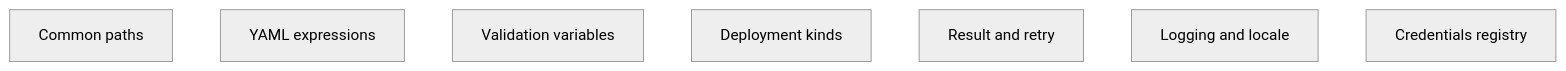
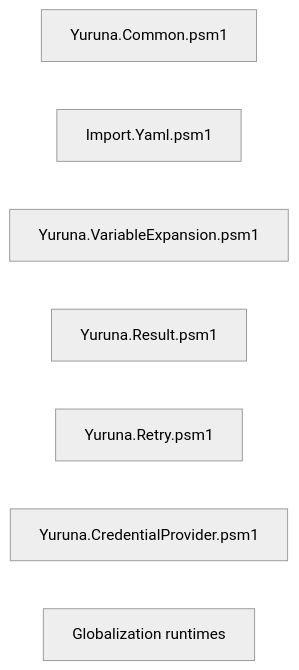
The sixth of 7 diagrams in docs/design/02-component-breakdown.md (alissonsol/yuruna), drawn with Mermaid (neutral theme) before and after one commit. The commit also changed other lines of this file and 901 other files, not shown here.

````diff
--- a/docs/design/02-component-breakdown.md
+++ b/docs/design/02-component-breakdown.md
@@ -138,10 +183,10 @@
 ```mermaid
-flowchart TD
-  common-paths["Common paths"]
-  yaml-expressions["YAML expressions"]
-  validation-variables["Validation variables"]
-  deployment-kinds["Deployment kinds"]
-  result-retry["Result and retry"]
-  logging["Logging and locale"]
-  credentials-registry["Credentials registry"]
+flowchart LR
+    yuruna-common["Yuruna.Common.psm1"]
+    import-yaml["Import.Yaml.psm1"]
+    yuruna-variable-expansion["Yuruna.VariableExpansion.psm1"]
+    yuruna-result["Yuruna.Result.psm1"]
+    yuruna-retry["Yuruna.Retry.psm1"]
+    yuruna-credential-provider["Yuruna.CredentialProvider.psm1"]
+    globalization["Globalization runtimes"]
 ```
````
